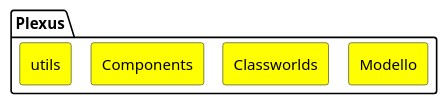
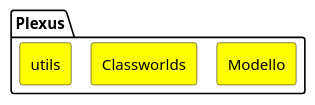
Before and after one commit to Bukama/maven-site: the diagram in src/plantuml/maven-sources/scm_plexus.puml, drawn with PlantUML. The commit also changed 2 other files, not shown here.

```diff
--- a/src/plantuml/maven-sources/scm_plexus.puml
+++ b/src/plantuml/maven-sources/scm_plexus.puml
@@ -19,28 +19,29 @@
 @startuml
 !pragma layout smetana
 
 <style>
     rectangle {
         BackgroundColor Yellow
     }
 }
 </style>
 
 package "Plexus" {
   rectangle "utils"
-  rectangle "Components"
+  ' rectangle "Components"
   rectangle "Classworlds"
   rectangle "Modello"
 }
 
 'hidden dependencies to change layout
-"utils" -[hidden]right-> "Components"
-"Components" -[hidden]right-> "Classworlds"
+' "utils" -[hidden]right-> "Components"
+' "Components" -[hidden]right-> "Classworlds"
+"utils" -[hidden]right-> "Classworlds"
 "Classworlds" -[hidden]right-> "Modello"
 
 url of "utils" is [[https://github.com/codehaus-plexus/plexus-utils]]
-url of "Components" is [[https://github.com/codehaus-plexus/plexus-components]]
+' url of "Components" is [[https://github.com/codehaus-plexus/plexus-components]]
 url of "Classworlds" is [[https://github.com/codehaus-plexus/plexus-classworlds]]
 url of "Modello" is [[https://github.com/codehaus-plexus/modello]]
 
 @enduml
```
